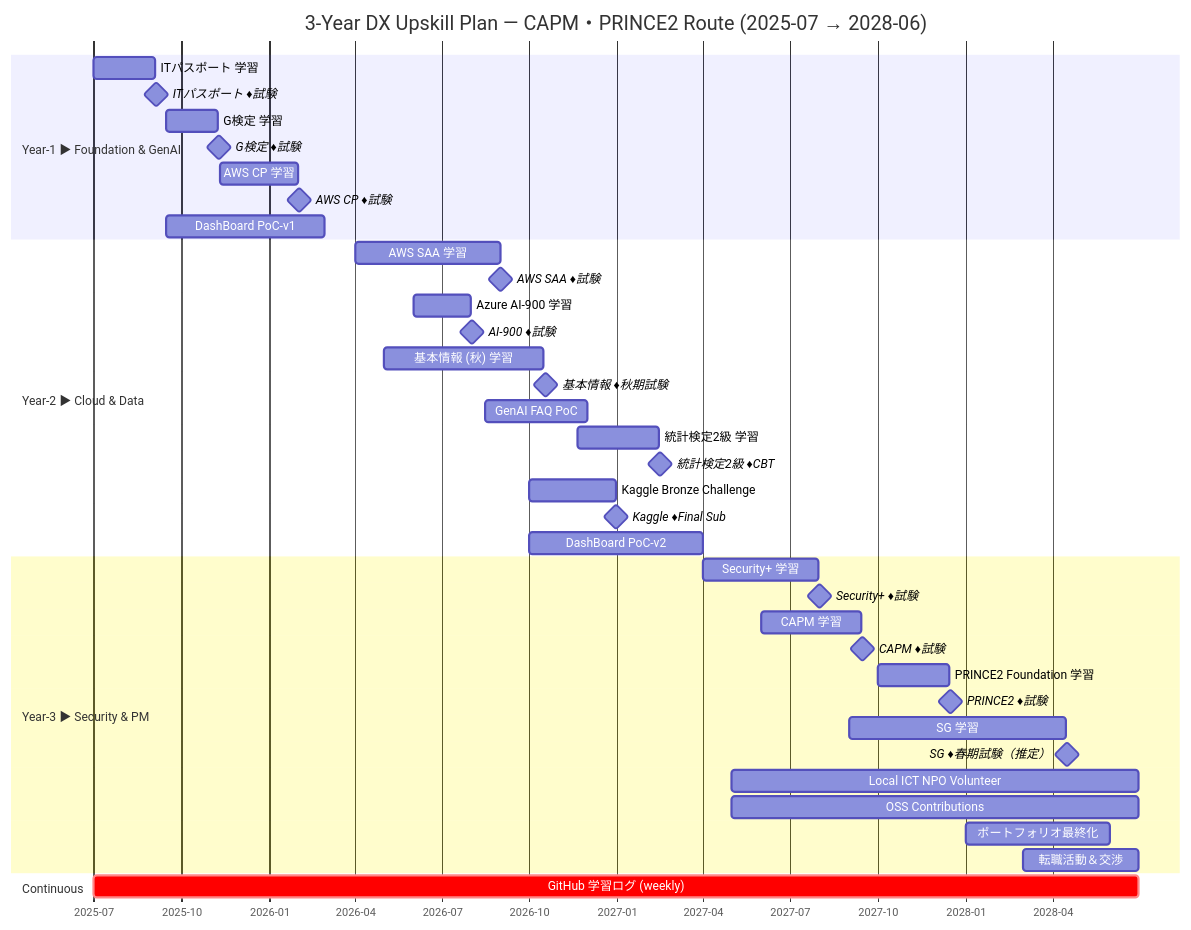
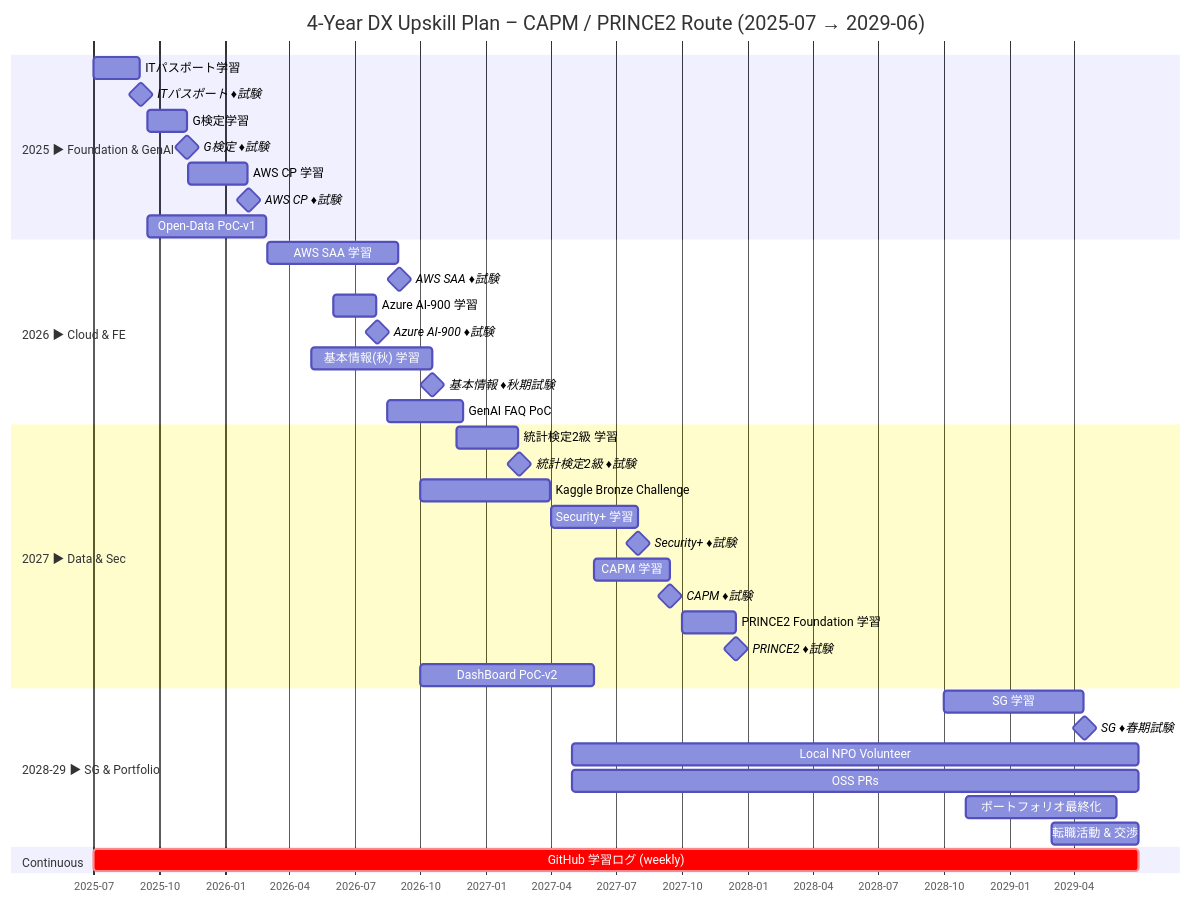
One commit to uruc-0start/- changed the diagram in README.md. Above: the diagram before and after it, drawn with Mermaid.

````diff
--- a/README.md
+++ b/README.md
@@ -1,50 +1,53 @@
 ```mermaid
 gantt
-  title 3-Year DX Upskill Plan — CAPM・PRINCE2 Route (2025-07 → 2028-06)
-  dateFormat  YYYY-MM-DD
-  axisFormat  %Y-%m
+  title 4-Year DX Upskill Plan – CAPM / PRINCE2 Route (2025-07 → 2029-06)
+  dateFormat YYYY-MM-DD
+  axisFormat %Y-%m
 
-  %% ───────────── Year-1 ─────────────
-  section Year-1 ▶ Foundation & GenAI
-  ITパスポート 学習           :itp_st,   2025-07-01, 2025-09-04
+  %% ───────── Year-1 ─────────
+  section 2025 ▶ Foundation & GenAI
+  ITパスポート学習            :itp_st,   2025-07-01, 2025-09-04
   ITパスポート ♦試験          :milestone,itp_ex,  2025-09-05, 0d
-  G検定 学習                  :gtest_st, 2025-09-15, 2025-11-08
-  G検定 ♦試験                 :milestone,gtest_ex,2025-11-09, 0d
-  AWS CP 学習                 :awscp,    2025-11-10, 2026-01-31
-  AWS CP ♦試験                :milestone,awscp_ex,2026-02-01, 0d
-  DashBoard PoC‐v1            :poc1,     2025-09-15, 2026-02-28
+  G検定学習                  :gtest,    2025-09-15, 2025-11-08
+  G検定 ♦試験                :milestone,gtest_ex,2025-11-09, 0d
+  AWS CP 学習                :awscp,    2025-11-10, 2026-02-01
+  AWS CP ♦試験               :milestone,awscp_ex,2026-02-02, 0d
+  Open-Data PoC-v1           :poc1,     2025-09-15, 2026-02-28
 
-  %% ───────────── Year-2 ─────────────
-  section Year-2 ▶ Cloud & Data
-  AWS SAA 学習                :saa,      2026-04-01, 2026-08-31
-  AWS SAA ♦試験               :milestone,saa_ex,  2026-09-01, 0d
-  Azure AI-900 学習           :ai900,    2026-06-01, 2026-07-31
-  AI-900 ♦試験                :milestone,ai900_ex,2026-08-01, 0d
-  基本情報 (秋) 学習          :fe_st,    2026-05-01, 2026-10-16
-  基本情報 ♦秋期試験          :milestone,fe_ex,   2026-10-18, 0d
-  GenAI FAQ PoC               :faq,      2026-08-15, 2026-11-30
-  統計検定2級 学習            :stat2,    2026-11-20, 2027-02-14
-  統計検定2級 ♦CBT            :milestone,stat2_ex,2027-02-15, 0d
-  Kaggle Bronze Challenge     :kaggle,   2026-10-01, 2026-12-30
-  Kaggle ♦Final Sub           :milestone,kaggle_ex,2026-12-31, 0d
-  DashBoard PoC‐v2            :poc2,     2026-10-01, 2027-03-31
+  %% ───────── Year-2 ─────────
+  section 2026 ▶ Cloud & FE
+  AWS SAA 学習               :saa,      2026-03-01, 2026-08-31
+  AWS SAA ♦試験              :milestone,saa_ex,  2026-09-01, 0d
+  Azure AI-900 学習          :ai900,    2026-06-01, 2026-07-31
+  Azure AI-900 ♦試験         :milestone,ai900_ex,2026-08-01, 0d
+  基本情報(秋) 学習          :fe_st,    2026-05-01, 2026-10-17
+  基本情報 ♦秋期試験         :milestone,fe_ex,   2026-10-18, 0d
+  GenAI FAQ PoC              :faq,      2026-08-15, 2026-11-30
 
-  %% ───────────── Year-3 ─────────────
-  section Year-3 ▶ Security & PM
-  Security+ 学習              :secplus,  2027-04-01, 2027-07-31
-  Security+ ♦試験             :milestone,secplus_ex,2027-08-01, 0d
-  CAPM 学習                   :capm,     2027-06-01, 2027-09-14
-  CAPM ♦試験                  :milestone,capm_ex,  2027-09-15, 0d
+  %% ───────── Year-3 ─────────
+  section 2027 ▶ Data & Sec
+  統計検定2級 学習           :stat2,    2026-11-20, 2027-02-14
+  統計検定2級 ♦試験          :milestone,stat2_ex,2027-02-15, 0d
+  Kaggle Bronze Challenge    :kaggle,   2026-10-01, 2027-03-31
+  Security+ 学習             :secplus,  2027-04-01, 2027-07-31
+  Security+ ♦試験            :milestone,secplus_ex,2027-08-01, 0d
+  CAPM 学習                  :capm,     2027-06-01, 2027-09-14
+  CAPM ♦試験                 :milestone,capm_ex,  2027-09-15, 0d
   PRINCE2 Foundation 学習     :prince2,  2027-10-01, 2027-12-15
-  PRINCE2 ♦試験               :milestone,prince2_ex,2027-12-16, 0d
-  SG 学習                     :sg_st,    2027-09-01, 2028-04-15
-  SG ♦春期試験（推定）        :milestone,sg_ex,    2028-04-16, 0d
-  Local ICT NPO Volunteer     :npo,      2027-05-01, 2028-06-30
-  OSS Contributions           :oss,      2027-05-01, 2028-06-30
-  ポートフォリオ最終化        :portfolio,2028-01-01, 2028-05-31
-  転職活動＆交渉              :job,      2028-03-01, 2028-06-30
+  PRINCE2 ♦試験              :milestone,prince2_ex,2027-12-16, 0d
+  DashBoard PoC-v2           :poc2,     2026-10-01, 2027-05-31
 
-  %% ─────────── Continuous ───────────
+  %% ───────── Year-4 ─────────
+  section 2028-29 ▶ SG & Portfolio
+  SG 学習                    :sg_st,    2028-10-01, 2029-04-14
+  SG ♦春期試験               :milestone,sg_ex,   2029-04-15, 0d
+  Local NPO Volunteer        :npo,      2027-05-01, 2029-06-30
+  OSS PRs                    :oss,      2027-05-01, 2029-06-30
+  ポートフォリオ最終化       :portfolio,2028-11-01, 2029-05-31
+  転職活動 & 交渉            :job,      2029-03-01, 2029-06-30
+
+  %% ───────── Continuous ─────────
   section Continuous
-  GitHub 学習ログ (weekly)    :crit, ghlog,2025-07-01, 2028-06-30
+  GitHub 学習ログ (weekly)   :crit,ghlog,2025-07-01, 2029-06-30
+
 ```
````
